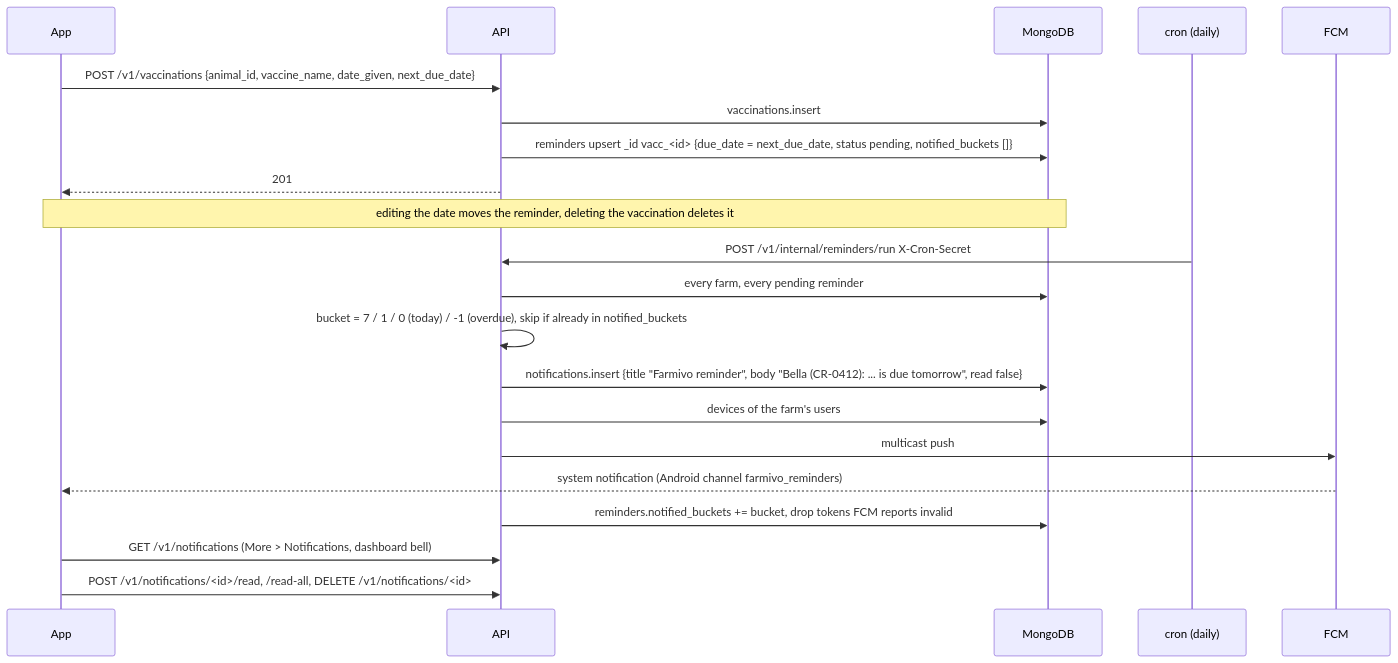
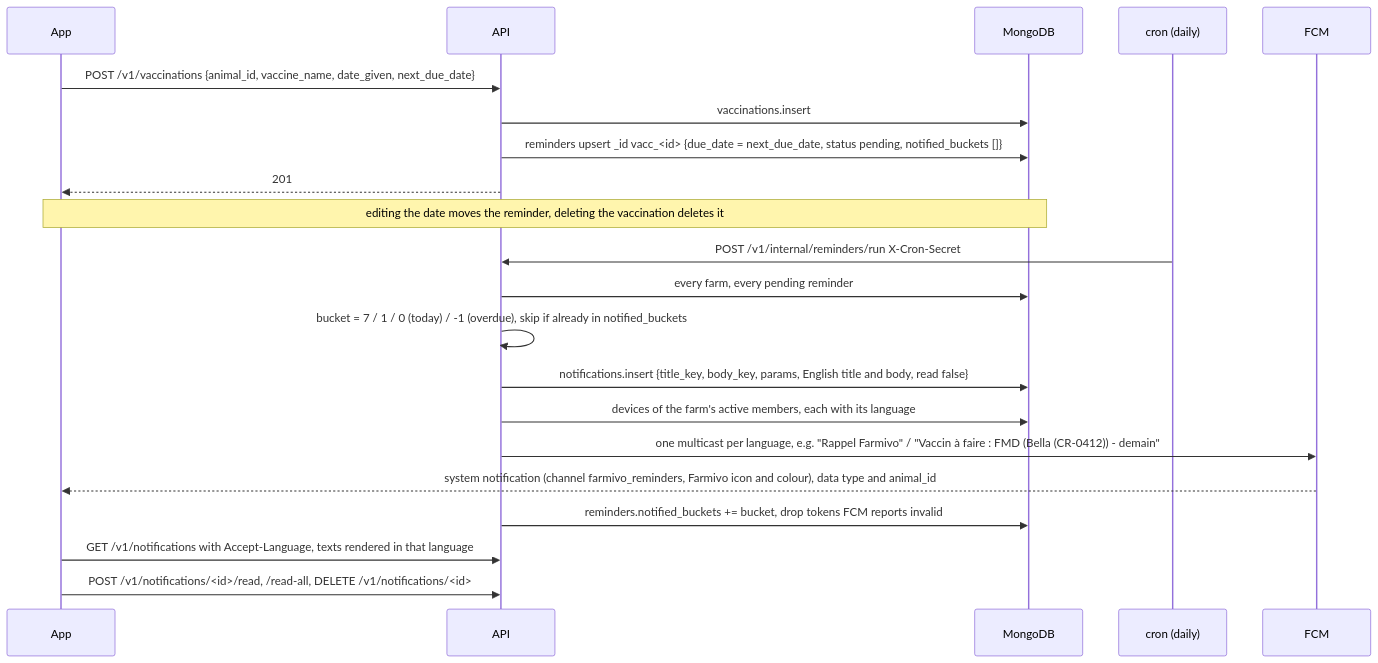
Before and after one commit to haythoum/farmivo_backend: the sixth of 9 diagrams in docs/SYSTEM_GUIDE.md, drawn with Mermaid. The commit also changed other lines of this file and 5 other files, not shown here.

First line of the commit message:
Docs: languages (Accept-Language, device language), push payload and channels, i18n module

````diff
--- a/docs/SYSTEM_GUIDE.md
+++ b/docs/SYSTEM_GUIDE.md
@@ -181,23 +181,23 @@
 ```mermaid
 sequenceDiagram
   participant App
   participant API
   participant DB as MongoDB
   participant CRON as cron (daily)
   participant FCM
   App->>API: POST /v1/vaccinations {animal_id, vaccine_name, date_given, next_due_date}
   API->>DB: vaccinations.insert
   API->>DB: reminders upsert _id vacc_<id> {due_date = next_due_date, status pending, notified_buckets []}
   API-->>App: 201
   Note over App,DB: editing the date moves the reminder, deleting the vaccination deletes it
   CRON->>API: POST /v1/internal/reminders/run  X-Cron-Secret
   API->>DB: every farm, every pending reminder
   API->>API: bucket = 7 / 1 / 0 (today) / -1 (overdue), skip if already in notified_buckets
-  API->>DB: notifications.insert {title "Farmivo reminder", body "Bella (CR-0412): ... is due tomorrow", read false}
-  API->>DB: devices of the farm's users
-  API->>FCM: multicast push
-  FCM-->>App: system notification (Android channel farmivo_reminders)
+  API->>DB: notifications.insert {title_key, body_key, params, English title and body, read false}
+  API->>DB: devices of the farm's active members, each with its language
+  API->>FCM: one multicast per language, e.g. "Rappel Farmivo" / "Vaccin à faire : FMD (Bella (CR-0412)) - demain"
+  FCM-->>App: system notification (channel farmivo_reminders, Farmivo icon and colour), data type and animal_id
   API->>DB: reminders.notified_buckets += bucket, drop tokens FCM reports invalid
-  App->>API: GET /v1/notifications (More > Notifications, dashboard bell)
+  App->>API: GET /v1/notifications with Accept-Language, texts rendered in that language
   App->>API: POST /v1/notifications/<id>/read, /read-all, DELETE /v1/notifications/<id>
 ```
````
